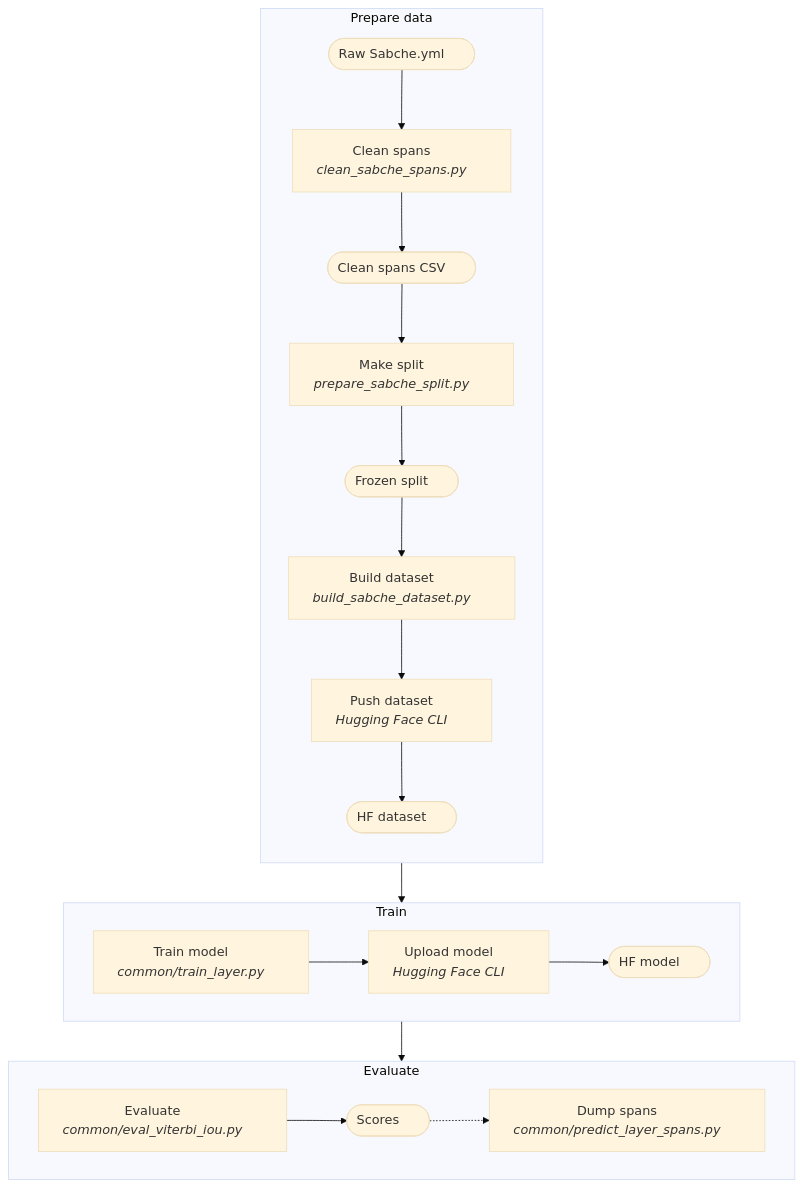
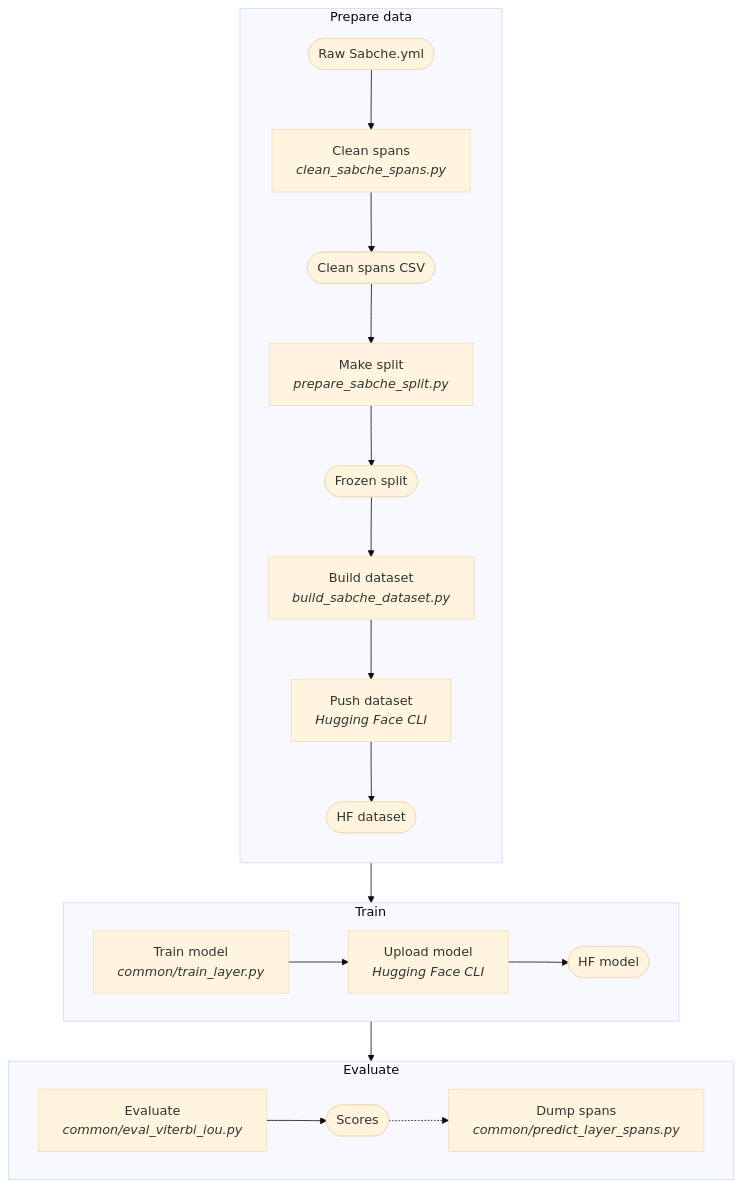
The diagram in sabche/README.md (tenzinyonten/tibetan-layer-detection), drawn with Mermaid (base theme) before and after one commit. The commit also changed 8 other files, not shown here.

Commit message:
Flowcharts: draw labels as SVG text instead of HTML, drop padding

````diff
--- a/sabche/README.md
+++ b/sabche/README.md
@@ -30,25 +30,26 @@
 ```mermaid
+%%{init: {"flowchart": {"htmlLabels": false}}}%%
 flowchart TD
-  subgraph PREP["Prepare data&nbsp;&nbsp;&nbsp;&nbsp;&nbsp;"]
+  subgraph PREP["Prepare data"]
     direction TB
-    F1(["Raw Sabche.yml&nbsp;&nbsp;&nbsp;&nbsp;&nbsp;"]) --> S1["Clean spans&nbsp;&nbsp;&nbsp;&nbsp;&nbsp;<br/><i>clean_sabche_spans.py&nbsp;&nbsp;&nbsp;&nbsp;&nbsp;</i>"]
-    S1 --> F2(["Clean spans CSV&nbsp;&nbsp;&nbsp;&nbsp;&nbsp;"])
-    F2 --> S2["Make split&nbsp;&nbsp;&nbsp;&nbsp;&nbsp;<br/><i>prepare_sabche_split.py&nbsp;&nbsp;&nbsp;&nbsp;&nbsp;</i>"]
-    S2 --> F3(["Frozen split&nbsp;&nbsp;&nbsp;&nbsp;&nbsp;"])
-    F3 --> S3["Build dataset&nbsp;&nbsp;&nbsp;&nbsp;&nbsp;<br/><i>build_sabche_dataset.py&nbsp;&nbsp;&nbsp;&nbsp;&nbsp;</i>"]
-    S3 --> S4["Push dataset&nbsp;&nbsp;&nbsp;&nbsp;&nbsp;<br/><i>Hugging Face CLI&nbsp;&nbsp;&nbsp;&nbsp;&nbsp;</i>"]
-    S4 --> F4(["HF dataset&nbsp;&nbsp;&nbsp;&nbsp;&nbsp;"])
+    F1(["Raw Sabche.yml"]) --> S1["Clean spans<br/><i>clean_sabche_spans.py</i>"]
+    S1 --> F2(["Clean spans CSV"])
+    F2 --> S2["Make split<br/><i>prepare_sabche_split.py</i>"]
+    S2 --> F3(["Frozen split"])
+    F3 --> S3["Build dataset<br/><i>build_sabche_dataset.py</i>"]
+    S3 --> S4["Push dataset<br/><i>Hugging Face CLI</i>"]
+    S4 --> F4(["HF dataset"])
   end
-  subgraph TRAIN["Train&nbsp;&nbsp;&nbsp;&nbsp;&nbsp;"]
+  subgraph TRAIN["Train"]
     direction LR
-    S5["Train model&nbsp;&nbsp;&nbsp;&nbsp;&nbsp;<br/><i>common/train_layer.py&nbsp;&nbsp;&nbsp;&nbsp;&nbsp;</i>"] --> S6["Upload model&nbsp;&nbsp;&nbsp;&nbsp;&nbsp;<br/><i>Hugging Face CLI&nbsp;&nbsp;&nbsp;&nbsp;&nbsp;</i>"]
-    S6 --> F5(["HF model&nbsp;&nbsp;&nbsp;&nbsp;&nbsp;"])
+    S5["Train model<br/><i>common/train_layer.py</i>"] --> S6["Upload model<br/><i>Hugging Face CLI</i>"]
+    S6 --> F5(["HF model"])
   end
-  subgraph EVAL["Evaluate&nbsp;&nbsp;&nbsp;&nbsp;&nbsp;"]
+  subgraph EVAL["Evaluate"]
     direction LR
-    S7["Evaluate&nbsp;&nbsp;&nbsp;&nbsp;&nbsp;<br/><i>common/eval_viterbi_iou.py&nbsp;&nbsp;&nbsp;&nbsp;&nbsp;</i>"] --> F6(["Scores&nbsp;&nbsp;&nbsp;&nbsp;&nbsp;"])
-    F6 -.-> S8["Dump spans&nbsp;&nbsp;&nbsp;&nbsp;&nbsp;<br/><i>common/predict_layer_spans.py&nbsp;&nbsp;&nbsp;&nbsp;&nbsp;</i>"]
+    S7["Evaluate<br/><i>common/eval_viterbi_iou.py</i>"] --> F6(["Scores"])
+    F6 -.-> S8["Dump spans<br/><i>common/predict_layer_spans.py</i>"]
   end
   PREP --> TRAIN
   TRAIN --> EVAL
 ```
````
